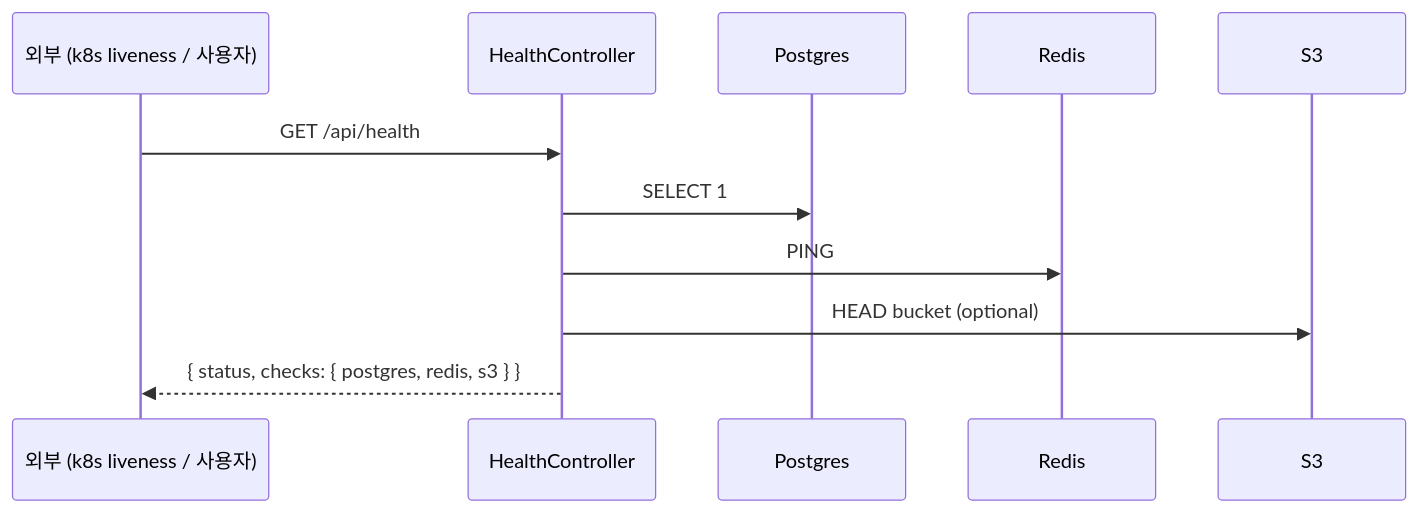
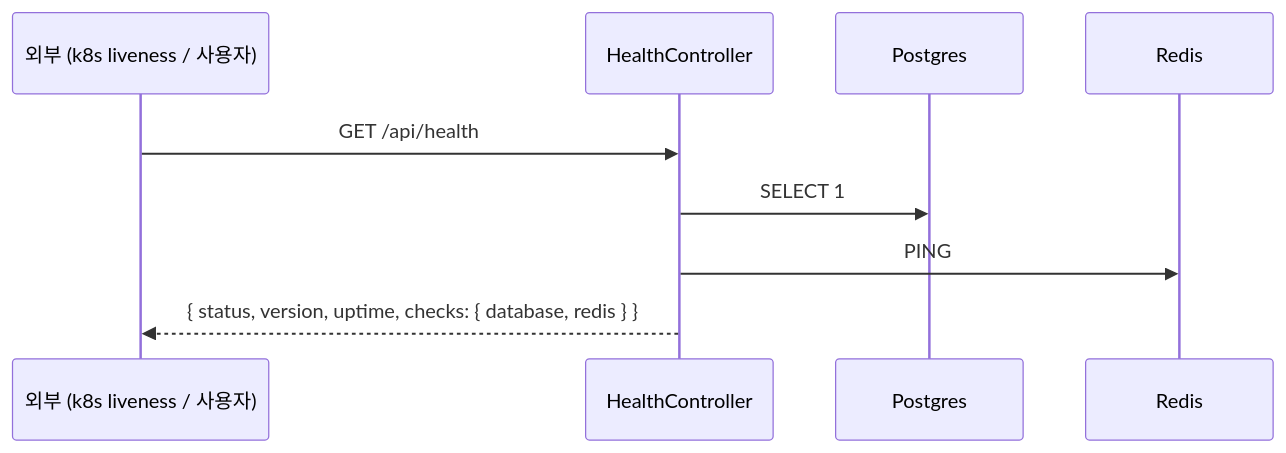
The first of 4 diagrams in spec/data-flow/9-observability.md (worker-ants/clemvion), drawn with Mermaid before and after one commit. The commit also changed other lines of this file and 186 other files, not shown here.

````diff
--- a/spec/data-flow/9-observability.md
+++ b/spec/data-flow/9-observability.md
@@ -35,13 +35,11 @@
 ```mermaid
 sequenceDiagram
   participant K as 외부 (k8s liveness / 사용자)
   participant H as HealthController
   participant PG as Postgres
   participant R as Redis
-  participant S3 as S3
   K->>H: GET /api/health
   H->>PG: SELECT 1
   H->>R: PING
-  H->>S3: HEAD bucket (optional)
-  H-->>K: { status, checks: { postgres, redis, s3 } }
+  H-->>K: { status, version, uptime, checks: { database, redis } }
 ```
````
